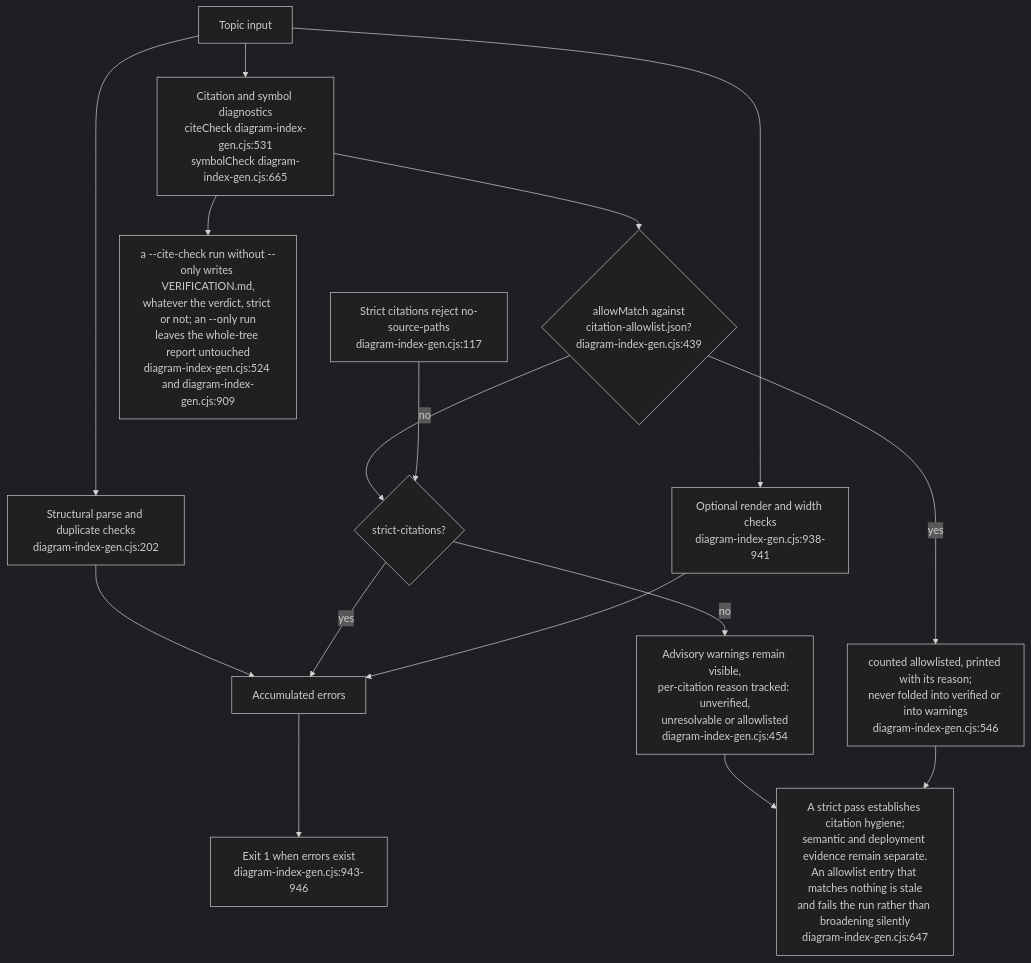
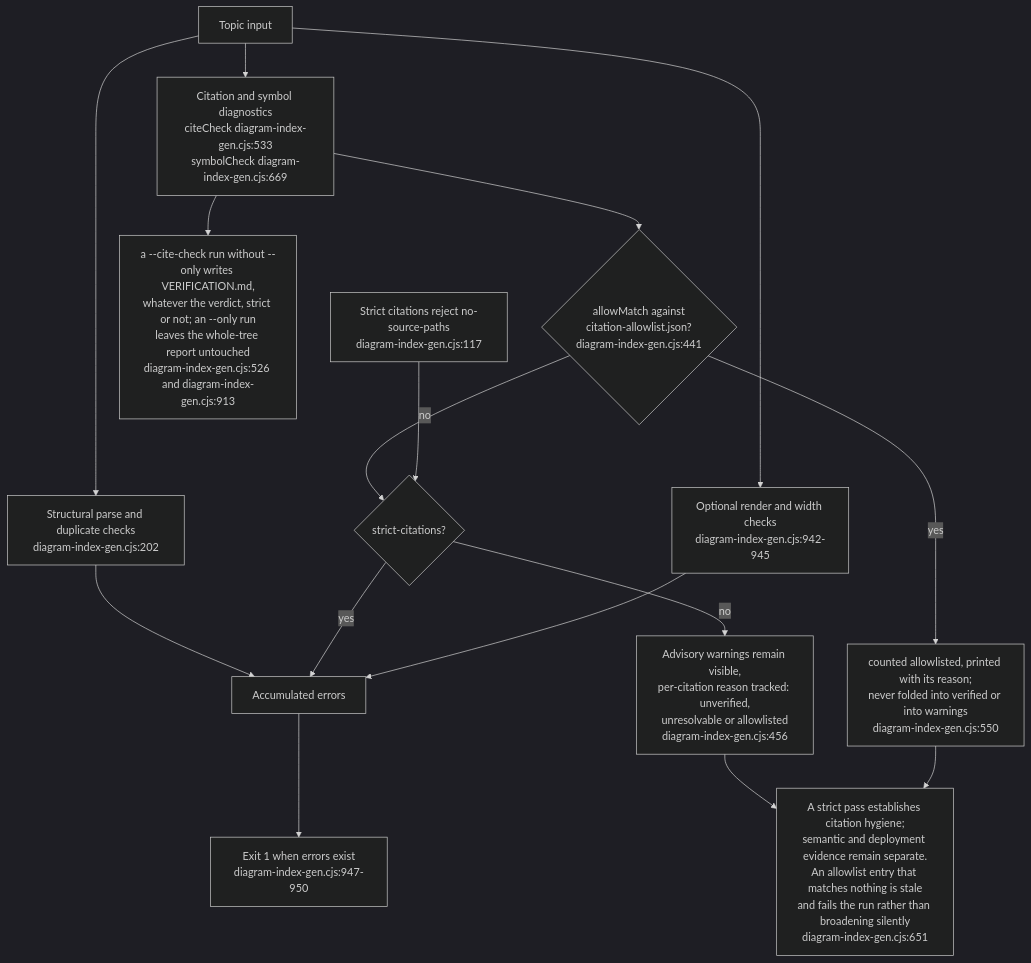
The ninth of 15 diagrams in docs/diagrams/visionflow/06-diagram-tooling.md (DreamLab-AI/VisionFlow), drawn with Mermaid (dark theme) before and after one commit. The commit also changed other lines of this file and 7 other files, not shown here.

````diff
--- a/docs/diagrams/visionflow/06-diagram-tooling.md
+++ b/docs/diagrams/visionflow/06-diagram-tooling.md
@@ -292,19 +292,19 @@
 ```mermaid
 flowchart TB
     I["Topic input"] --> P["Structural parse and duplicate checks<br/>diagram-index-gen.cjs:202"]
     P --> ERR["Accumulated errors"]
-    I --> C["Citation and symbol diagnostics<br/>citeCheck diagram-index-gen.cjs:531<br/>symbolCheck diagram-index-gen.cjs:665"]
-    C --> WAIVE{"allowMatch against<br/>citation-allowlist.json?<br/>diagram-index-gen.cjs:439"}
-    WAIVE -->|yes| NOTE["counted allowlisted, printed with its reason;<br/>never folded into verified or into warnings<br/>diagram-index-gen.cjs:546"]
+    I --> C["Citation and symbol diagnostics<br/>citeCheck diagram-index-gen.cjs:533<br/>symbolCheck diagram-index-gen.cjs:669"]
+    C --> WAIVE{"allowMatch against<br/>citation-allowlist.json?<br/>diagram-index-gen.cjs:441"}
+    WAIVE -->|yes| NOTE["counted allowlisted, printed with its reason;<br/>never folded into verified or into warnings<br/>diagram-index-gen.cjs:550"]
     WAIVE -->|no| STRICT{"strict-citations?"}
     STRICT -->|yes| ERR
-    STRICT -->|no| WARN["Advisory warnings remain visible,<br/>per-citation reason tracked: unverified,<br/>unresolvable or allowlisted<br/>diagram-index-gen.cjs:454"]
-    C --> VER["a --cite-check run without --only writes VERIFICATION.md,<br/>whatever the verdict, strict or not; an --only run<br/>leaves the whole-tree report untouched<br/>diagram-index-gen.cjs:524 and diagram-index-gen.cjs:909"]
-    I --> R["Optional render and width checks<br/>diagram-index-gen.cjs:938-941"]
+    STRICT -->|no| WARN["Advisory warnings remain visible,<br/>per-citation reason tracked: unverified,<br/>unresolvable or allowlisted<br/>diagram-index-gen.cjs:456"]
+    C --> VER["a --cite-check run without --only writes VERIFICATION.md,<br/>whatever the verdict, strict or not; an --only run<br/>leaves the whole-tree report untouched<br/>diagram-index-gen.cjs:526 and diagram-index-gen.cjs:913"]
+    I --> R["Optional render and width checks<br/>diagram-index-gen.cjs:942-945"]
     R --> ERR
-    ERR --> FAIL["Exit 1 when errors exist<br/>diagram-index-gen.cjs:943-946"]
+    ERR --> FAIL["Exit 1 when errors exist<br/>diagram-index-gen.cjs:947-950"]
     MODE["Strict citations reject no-source-paths<br/>diagram-index-gen.cjs:117"] --> STRICT
-    LIMIT["A strict pass establishes citation hygiene;<br/>semantic and deployment evidence remain separate.<br/>An allowlist entry that matches nothing is stale<br/>and fails the run rather than broadening silently<br/>diagram-index-gen.cjs:647"]
+    LIMIT["A strict pass establishes citation hygiene;<br/>semantic and deployment evidence remain separate.<br/>An allowlist entry that matches nothing is stale<br/>and fails the run rather than broadening silently<br/>diagram-index-gen.cjs:651"]
     WARN --> LIMIT
     NOTE --> LIMIT
 ```
````
